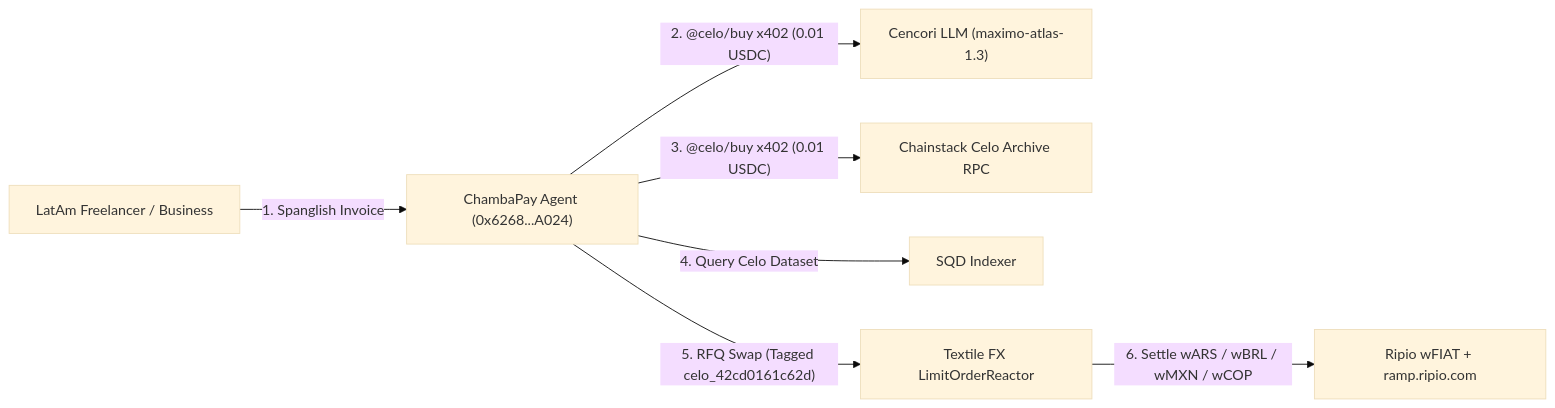
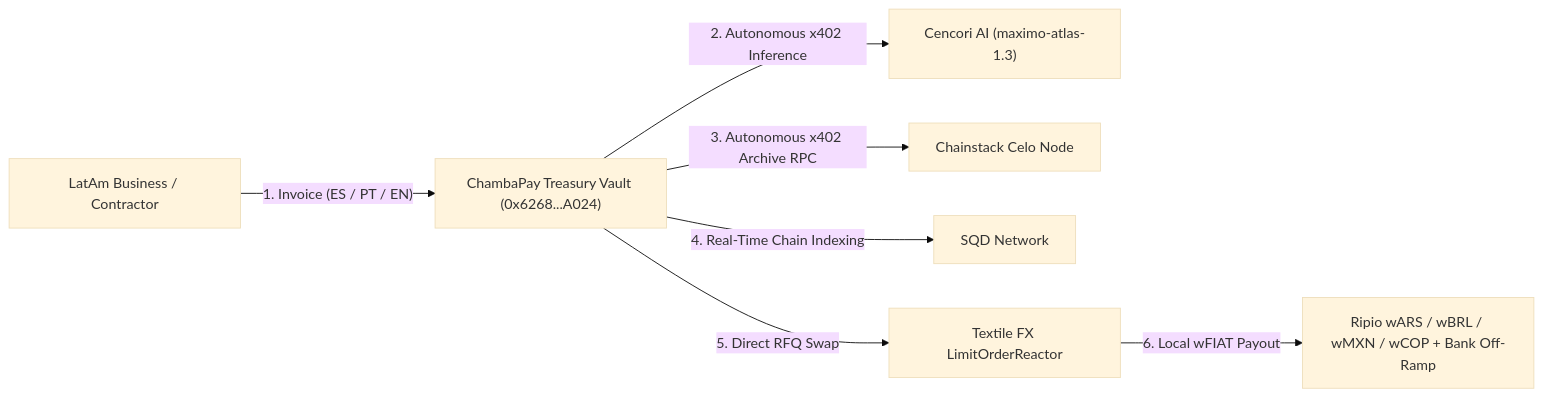
The diagram in README.md (gabrieltemtsen/chamba-pay), drawn with Mermaid (base theme) before and after one commit. The commit also changed other lines of this file and 8 other files, not shown here.

Commit message:
feat: transform UI and docs into enterprise LatAm treasury product

````diff
--- a/README.md
+++ b/README.md
@@ -61,9 +22,9 @@
 ```mermaid
 flowchart LR
-    User["LatAm Freelancer / Business"] -->|"1. Spanglish Invoice"| Chamba["ChambaPay Agent (0x6268...A024)"]
-    Chamba -->|"2. @celo/buy x402 (0.01 USDC)"| Cencori["Cencori LLM (maximo-atlas-1.3)"]
-    Chamba -->|"3. @celo/buy x402 (0.01 USDC)"| Chainstack["Chainstack Celo Archive RPC"]
-    Chamba -->|"4. Query Celo Dataset"| SQD["SQD Indexer"]
-    Chamba -->|"5. RFQ Swap (Tagged celo_42cd0161c62d)"| Textile["Textile FX LimitOrderReactor"]
-    Textile -->|"6. Settle wARS / wBRL / wMXN / wCOP"| Ripio["Ripio wFIAT + ramp.ripio.com"]
+    User["LatAm Business / Contractor"] -->|"1. Invoice (ES / PT / EN)"| Chamba["ChambaPay Treasury Vault (0x6268...A024)"]
+    Chamba -->|"2. Autonomous x402 Inference"| Cencori["Cencori AI (maximo-atlas-1.3)"]
+    Chamba -->|"3. Autonomous x402 Archive RPC"| Chainstack["Chainstack Celo Node"]
+    Chamba -->|"4. Real-Time Chain Indexing"| SQD["SQD Network"]
+    Chamba -->|"5. Direct RFQ Swap"| Textile["Textile FX LimitOrderReactor"]
+    Textile -->|"6. Local wFIAT Payout"| Ripio["Ripio wARS / wBRL / wMXN / wCOP + Bank Off-Ramp"]
 ```
````
